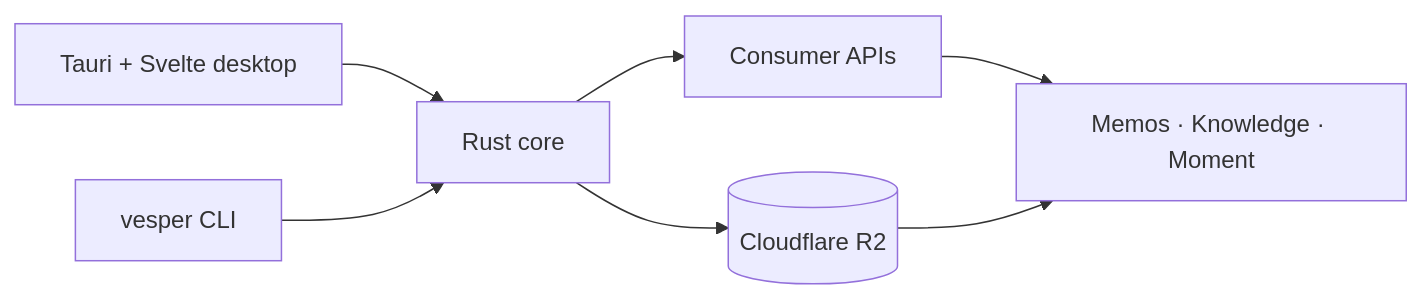
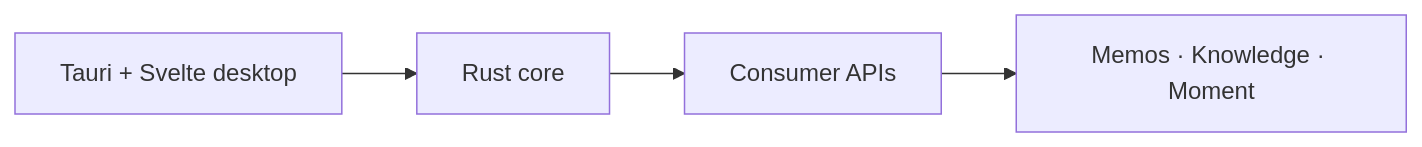
The diagram in README.md (vesper-shop/my-workspace), drawn with Mermaid before and after one commit. The commit also changed other lines of this file and 119 other files, not shown here.

First line of the commit message:
refactor: move Vesper sign-in to the profile and remove CLI-era features

````diff
--- a/README.md
+++ b/README.md
@@ -41,9 +38,6 @@
 ```mermaid
 flowchart LR
     Desktop[Tauri + Svelte desktop] --> Core[Rust core]
-    CLI[vesper CLI] --> Core
     Core --> APIs[Consumer APIs]
-    Core --> R2[(Cloudflare R2)]
     APIs --> Services[Memos · Knowledge · Moment]
-    R2 --> Services
 ```
````
